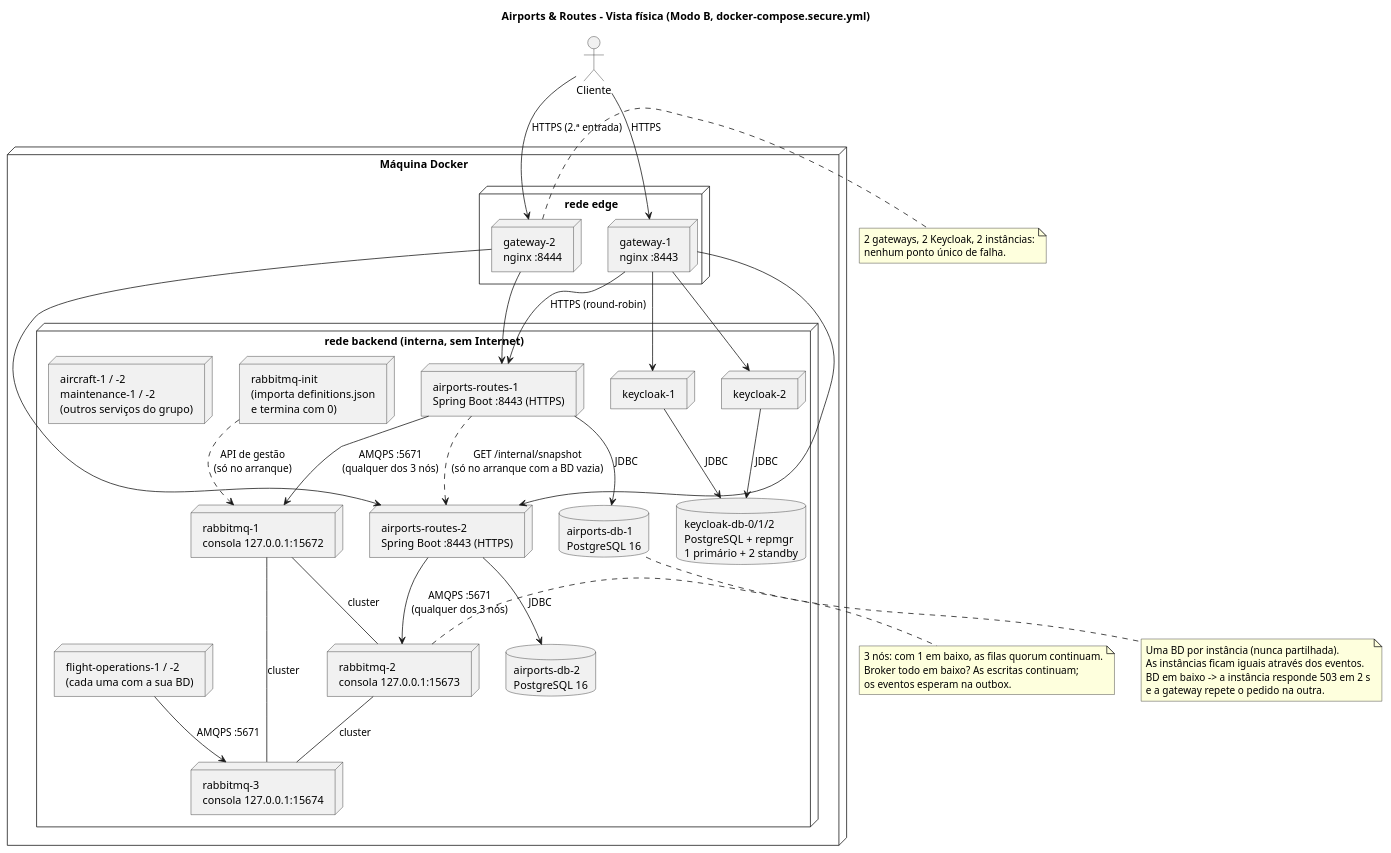
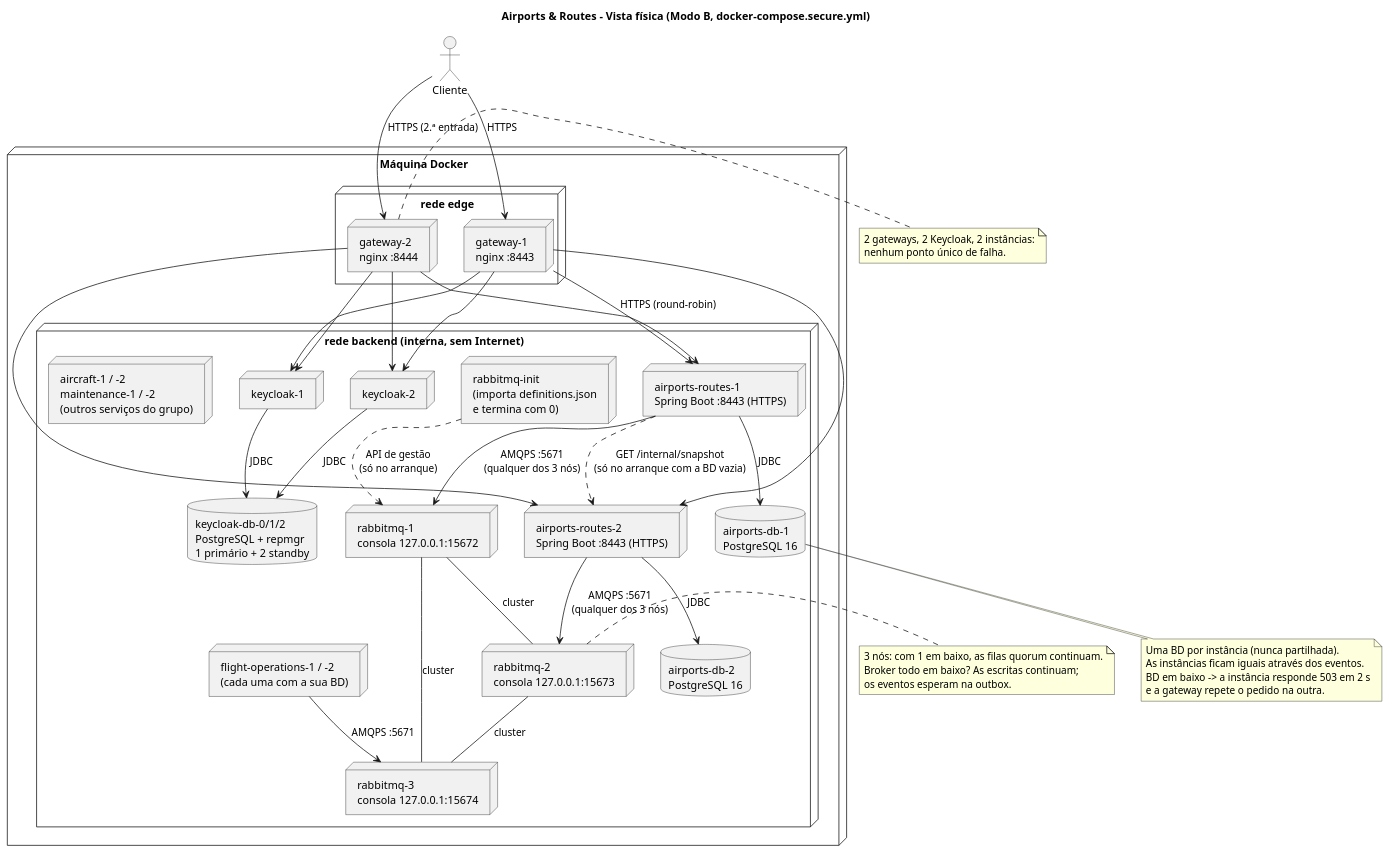
One commit to anamartasilvaa/SIDIG_AI_Safe changed the diagram in Services/Airport e Routes/airports-routes-service/docs/E2/physical-view-airports-routes.puml. Above: the diagram before and after it, drawn with PlantUML. The commit also changed 5 other files, not shown here.

```diff
--- a/Services/Airport e Routes/airports-routes-service/docs/E2/physical-view-airports-routes.puml
+++ b/Services/Airport e Routes/airports-routes-service/docs/E2/physical-view-airports-routes.puml
@@ -1,70 +1,72 @@
 @startuml physical-view-airports-routes
 skinparam shadowing false
 title Airports & Routes - Vista física (Modo B, docker-compose.secure.yml)
 
 node "Máquina Docker" {
   node "rede edge" {
     node "gateway-1\nnginx :8443" as G1
     node "gateway-2\nnginx :8444" as G2
   }
   node "rede backend (interna, sem Internet)" {
     node "keycloak-1" as K1
     node "keycloak-2" as K2
     database "keycloak-db-0/1/2\nPostgreSQL + repmgr\n1 primário + 2 standby" as KDB
 
     node "rabbitmq-1\nconsola 127.0.0.1:15672" as RB1
     node "rabbitmq-2\nconsola 127.0.0.1:15673" as RB2
     node "rabbitmq-3\nconsola 127.0.0.1:15674" as RB3
     node "rabbitmq-init\n(importa definitions.json\ne termina com 0)" as RBI
 
     node "airports-routes-1\nSpring Boot :8443 (HTTPS)" as AR1
     database "airports-db-1\nPostgreSQL 16" as DB1
     node "airports-routes-2\nSpring Boot :8443 (HTTPS)" as AR2
     database "airports-db-2\nPostgreSQL 16" as DB2
 
     node "flight-operations-1 / -2\n(cada uma com a sua BD)" as FO
     node "aircraft-1 / -2\nmaintenance-1 / -2\n(outros serviços do grupo)" as OTHER
   }
 }
 
 actor "Cliente" as C
 C --> G1 : HTTPS
 C --> G2 : HTTPS (2.ª entrada)
 G1 --> AR1 : HTTPS (round-robin)
 G1 --> AR2
 G2 --> AR1
 G2 --> AR2
 G1 --> K1
 G1 --> K2
+G2 --> K1
+G2 --> K2
 K1 --> KDB : JDBC
 K2 --> KDB : JDBC
 
 AR1 --> DB1 : JDBC
 AR2 --> DB2 : JDBC
 AR1 --> RB1 : AMQPS :5671\n(qualquer dos 3 nós)
 AR2 --> RB2 : AMQPS :5671\n(qualquer dos 3 nós)
 FO --> RB3 : AMQPS :5671
 AR1 ..> AR2 : GET /internal/snapshot\n(só no arranque com a BD vazia)
 RB1 -- RB2 : cluster
 RB2 -- RB3 : cluster
 RB1 -- RB3 : cluster
 RBI ..> RB1 : API de gestão\n(só no arranque)
 
 note bottom of DB1
   Uma BD por instância (nunca partilhada).
   As instâncias ficam iguais através dos eventos.
   BD em baixo -> a instância responde 503 em 2 s
   e a gateway repete o pedido na outra.
 end note
 
 note right of RB2
   3 nós: com 1 em baixo, as filas quorum continuam.
   Broker todo em baixo? As escritas continuam;
   os eventos esperam na outbox.
 end note
 
 note right of G2
   2 gateways, 2 Keycloak, 2 instâncias:
   nenhum ponto único de falha.
 end note
 @enduml
```
